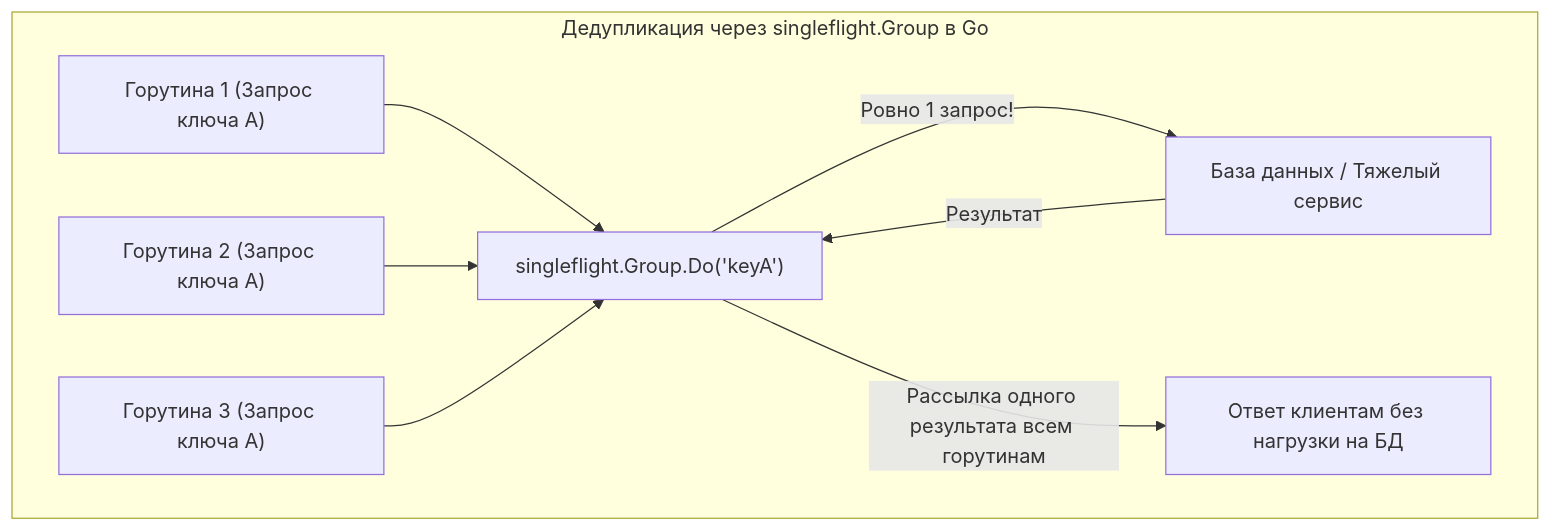
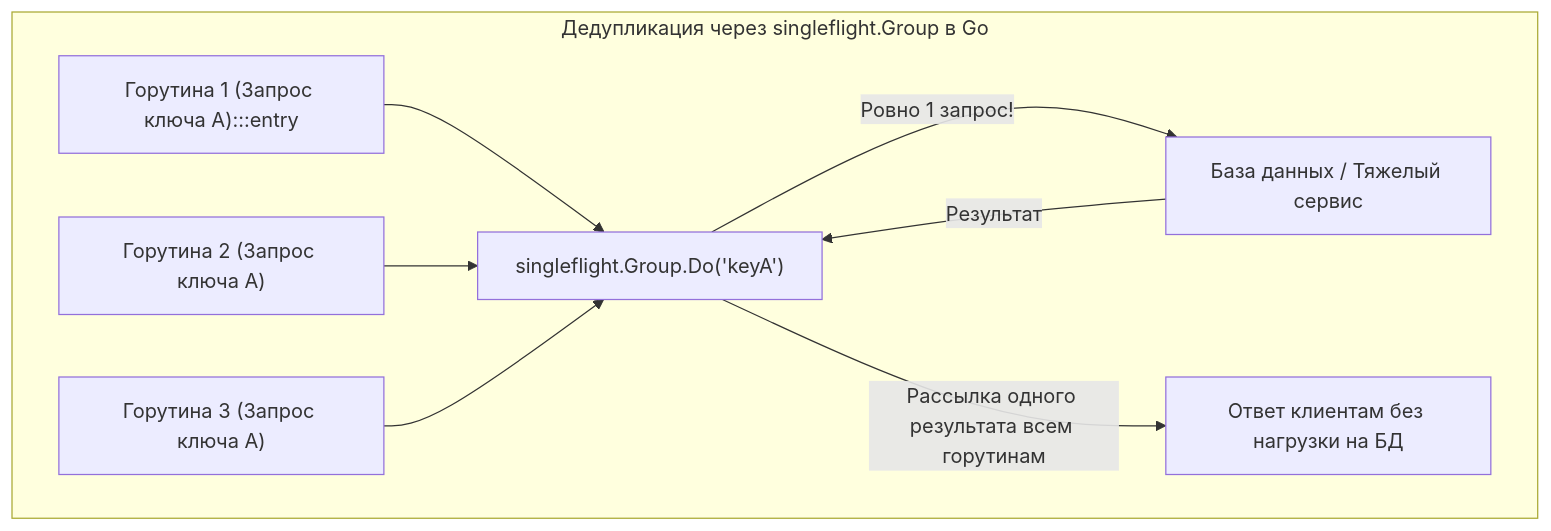
The fourth of 4 diagrams in sources/3. Компьютерные сети и сетевой стек/31. CDN, Edge и кеширование HTTP.md (UnrealTemplier/go-textbook), drawn with Mermaid before and after one commit. The commit also changed other lines of this file and 1666 other files, not shown here.

First line of the commit message:
feat(mermaid): add semantic color classDef to 1369 colorless flowchart/graph diagrams

````diff
--- a/sources/3. Компьютерные сети и сетевой стек/31. CDN, Edge и кеширование HTTP.md
+++ b/sources/3. Компьютерные сети и сетевой стек/31. CDN, Edge и кеширование HTTP.md
@@ -129,12 +149,22 @@
 ```mermaid
 flowchart TD
+    classDef process  fill:#1e293b,stroke:#38bdf8,stroke-width:1px,color:#f8fafc
+    classDef success  fill:#064e3b,stroke:#34d399,stroke-width:1px,color:#f8fafc
+    classDef error    fill:#7f1d1d,stroke:#f87171,stroke-width:1px,color:#f8fafc
+    classDef warning  fill:#78350f,stroke:#fbbf24,stroke-width:1px,color:#f8fafc
+    classDef entry    fill:#1e3a5f,stroke:#38bdf8,stroke-width:2px,color:#f8fafc
+    classDef aux      fill:#334155,stroke:#64748b,stroke-width:1px,color:#f8fafc
+    classDef system   fill:#312e81,stroke:#a78bfa,stroke-width:1px,color:#f8fafc
+    classDef data     fill:#132d29,stroke:#2dd4bf,stroke-width:1px,color:#f8fafc
+    classDef network  fill:#881337,stroke:#fb7185,stroke-width:1px,color:#f8fafc
+    classDef accent   fill:#1e1b4b,stroke:#818cf8,stroke-width:1px,color:#f8fafc
     subgraph SingleflightDedup ["Дедупликация через singleflight.Group в Go"]
-        Req1["Горутина 1 (Запрос ключа A)"] --> Group["singleflight.Group.Do('keyA')"]
+        Req1["Горутина 1 (Запрос ключа A):::entry"] --> Group["singleflight.Group.Do('keyA')"]
         Req2["Горутина 2 (Запрос ключа A)"] --> Group
         Req3["Горутина 3 (Запрос ключа A)"] --> Group
         
         Group -->|"Ровно 1 запрос!"| DB["База данных / Тяжелый сервис"]
         DB -->|"Результат"| Group
         Group -->|"Рассылка одного результата всем горутинам"| Out["Ответ клиентам без нагрузки на БД"]
     end
 ```
````
